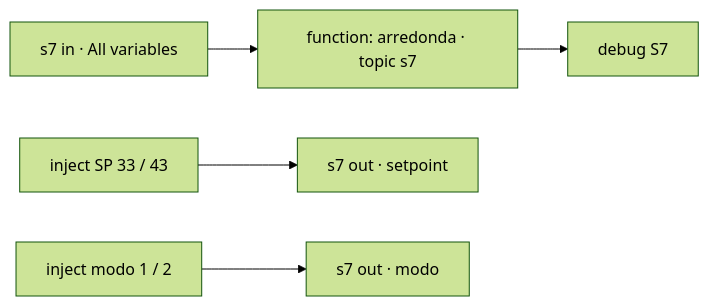
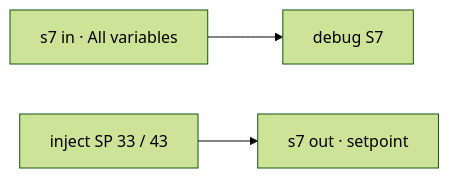
Before and after one commit to ruseleredu/iiot-docs: the fourth of 5 diagrams in labs-docs/LAB08.mdx, drawn with Mermaid (forest theme). The commit also changed other lines of this file, not shown here.

````diff
--- a/labs-docs/LAB08.mdx
+++ b/labs-docs/LAB08.mdx
@@ -512,6 +508,5 @@
 ```mermaid
 flowchart LR
-  IN[s7 in · All variables] --> F[function: arredonda · topic s7] --> D[debug S7]
-  I1[inject SP 33 / 43] --> O1[s7 out · setpoint]
-  I2[inject modo 1 / 2] --> O2[s7 out · modo]
+  IN[s7 in · All variables] --> D[debug S7]
+  I[inject SP 33 / 43] --> O[s7 out · setpoint]
 ```
````
